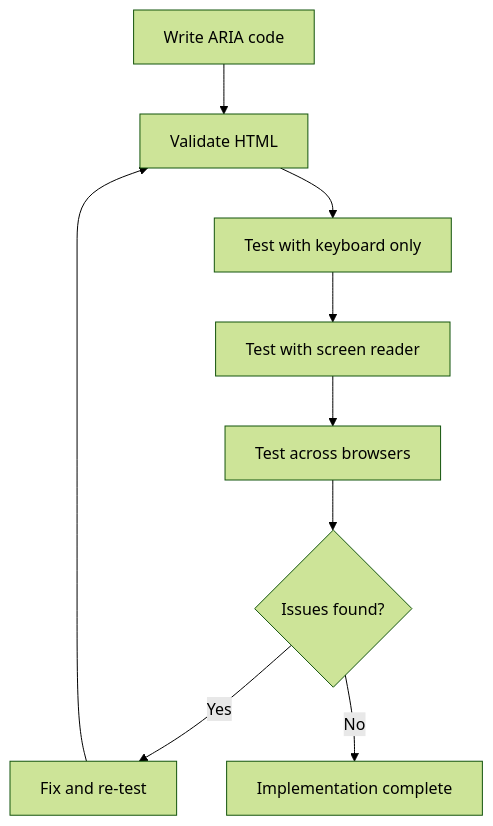
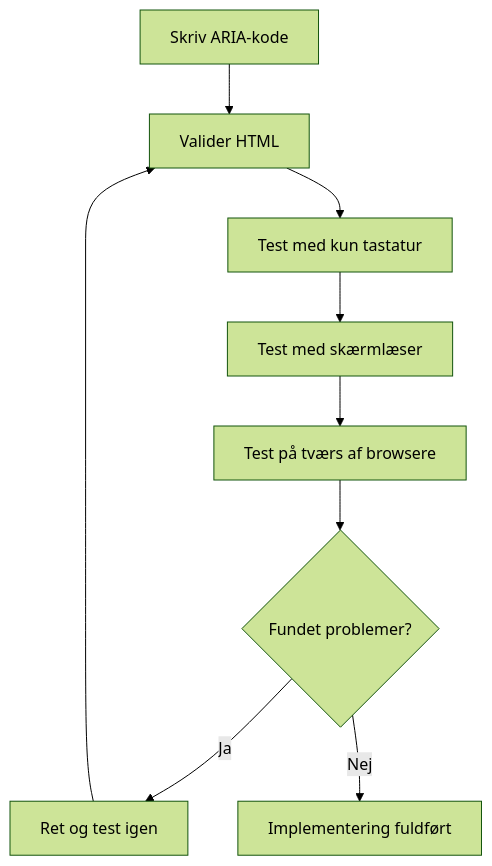
The tenth of 13 diagrams in translations/da/1-getting-started-lessons/3-accessibility/README.md (microsoft/Web-Dev-For-Beginners), drawn with Mermaid (forest theme) before and after one commit. The commit also changed other lines of this file and 41 other files, not shown here.

````diff
--- a/translations/da/1-getting-started-lessons/3-accessibility/README.md
+++ b/translations/da/1-getting-started-lessons/3-accessibility/README.md
@@ -827,11 +999,11 @@
 ```mermaid
 graph TD
-    A[Write ARIA code] --> B[Validate HTML]
-    B --> C[Test with keyboard only]
-    C --> D[Test with screen reader]
-    D --> E[Test across browsers]
-    E --> F{Issues found?}
-    F -->|Yes| G[Fix and re-test]
-    F -->|No| H[Implementation complete]
+    A[Skriv ARIA-kode] --> B[Valider HTML]
+    B --> C[Test med kun tastatur]
+    C --> D[Test med skærmlæser]
+    D --> E[Test på tværs af browsere]
+    E --> F{Fundet problemer?}
+    F -->|Ja| G[Ret og test igen]
+    F -->|Nej| H[Implementering fuldført]
     G --> B
 ```
````
